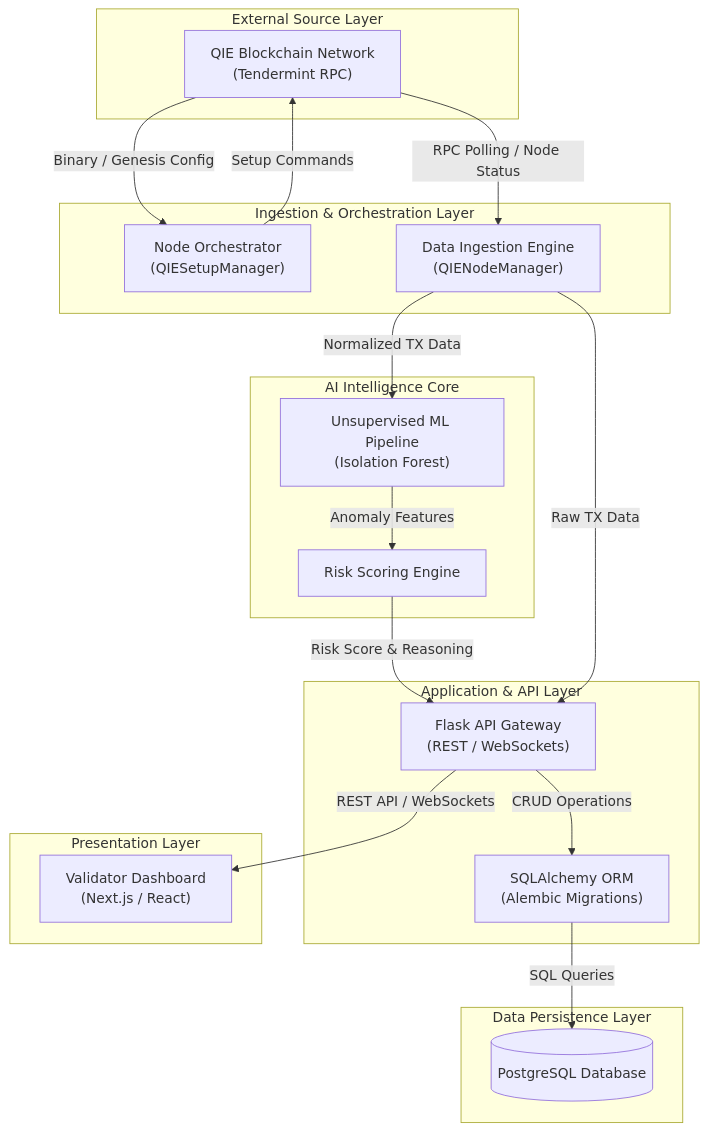
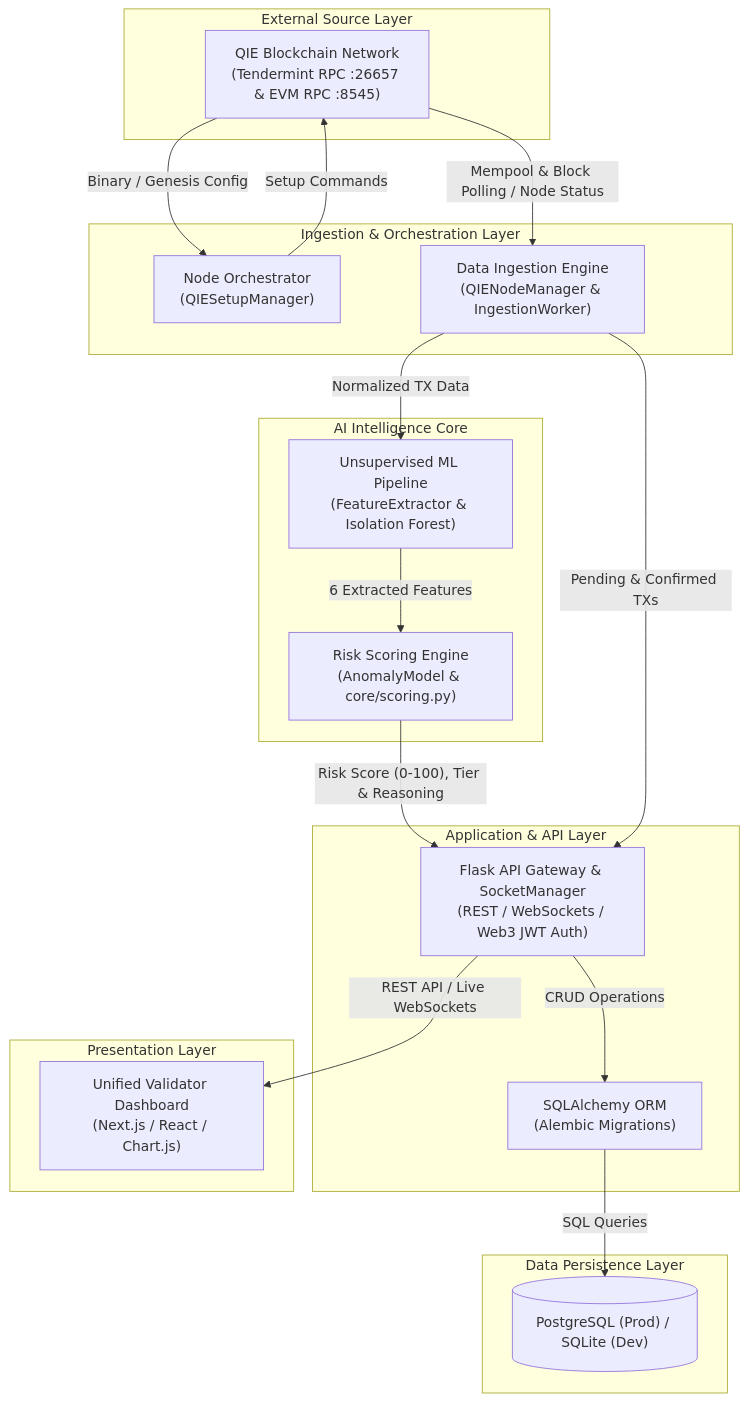
The sixth of 23 diagrams in ValiGuard_Docs/ValiGuard_AI_Phase_1_Documentation.md (sheikhrehanseo/ValiGuard-Project-Main), drawn with Mermaid before and after one commit. The commit also changed other lines of this file and 16 other files, not shown here.

Commit message:
feat: integrate EVM block telemetry, enhance demo mode mock data, and clean up legacy frontend

````diff
--- a/ValiGuard_Docs/ValiGuard_AI_Phase_1_Documentation.md
+++ b/ValiGuard_Docs/ValiGuard_AI_Phase_1_Documentation.md
@@ -488,66 +488,66 @@
 ```mermaid
 flowchart TB
 
 %% ==========================
 %% External Source Layer
 %% ==========================
 subgraph L1["External Source Layer"]
-    QIE_NET["QIE Blockchain Network<br/>(Tendermint RPC)"]
+    QIE_NET["QIE Blockchain Network<br/>(Tendermint RPC :26657 & EVM RPC :8545)"]
 end
 
 %% ==========================
 %% Ingestion & Orchestration Layer
 %% ==========================
 subgraph L2["Ingestion & Orchestration Layer"]
     ORCH["Node Orchestrator<br/>(QIESetupManager)"]
-    INGEST["Data Ingestion Engine<br/>(QIENodeManager)"]
+    INGEST["Data Ingestion Engine<br/>(QIENodeManager & IngestionWorker)"]
 end
 
 %% ==========================
 %% AI Intelligence Core
 %% ==========================
 subgraph L3["AI Intelligence Core"]
-    ML["Unsupervised ML Pipeline<br/>(Isolation Forest)"]
-    SCORE["Risk Scoring Engine"]
+    ML["Unsupervised ML Pipeline<br/>(FeatureExtractor & Isolation Forest)"]
+    SCORE["Risk Scoring Engine<br/>(AnomalyModel & core/scoring.py)"]
 end
 
 %% ==========================
 %% Application & API Layer
 %% ==========================
 subgraph L4["Application & API Layer"]
-    FLASK["Flask API Gateway<br/>(REST / WebSockets)"]
+    FLASK["Flask API Gateway & SocketManager<br/>(REST / WebSockets / Web3 JWT Auth)"]
     ORM["SQLAlchemy ORM<br/>(Alembic Migrations)"]
 end
 
 %% ==========================
 %% Presentation Layer
 %% ==========================
 subgraph L5["Presentation Layer"]
-    DASH["Validator Dashboard<br/>(Next.js / React)"]
+    DASH["Unified Validator Dashboard<br/>(Next.js / React / Chart.js)"]
 end
 
 %% ==========================
 %% Data Persistence Layer
 %% ==========================
 subgraph L6["Data Persistence Layer"]
-    DB[(PostgreSQL Database)]
+    DB[("PostgreSQL (Prod) / SQLite (Dev)")]
 end
 
 %% ==========================
 %% Data Flow & Dependencies
 %% ==========================
-QIE_NET -->|RPC Polling / Node Status| INGEST
-QIE_NET -->|Binary / Genesis Config| ORCH
+QIE_NET -->|"Mempool & Block Polling / Node Status"| INGEST
+QIE_NET -->|"Binary / Genesis Config"| ORCH
 
-INGEST -->|Normalized TX Data| ML
-ML -->|Anomaly Features| SCORE
+INGEST -->|"Normalized TX Data"| ML
+ML -->|"6 Extracted Features"| SCORE
 
-SCORE -->|Risk Score & Reasoning| FLASK
-INGEST -->|Raw TX Data| FLASK
-ORCH -->|Setup Commands| QIE_NET
+SCORE -->|"Risk Score (0-100), Tier & Reasoning"| FLASK
+INGEST -->|"Pending & Confirmed TXs"| FLASK
+ORCH -->|"Setup Commands"| QIE_NET
 
-FLASK -->|CRUD Operations| ORM
-ORM -->|SQL Queries| DB
+FLASK -->|"CRUD Operations"| ORM
+ORM -->|"SQL Queries"| DB
 
-FLASK -->|REST API / WebSockets| DASH
+FLASK -->|"REST API / Live WebSockets"| DASH
 ```
````
